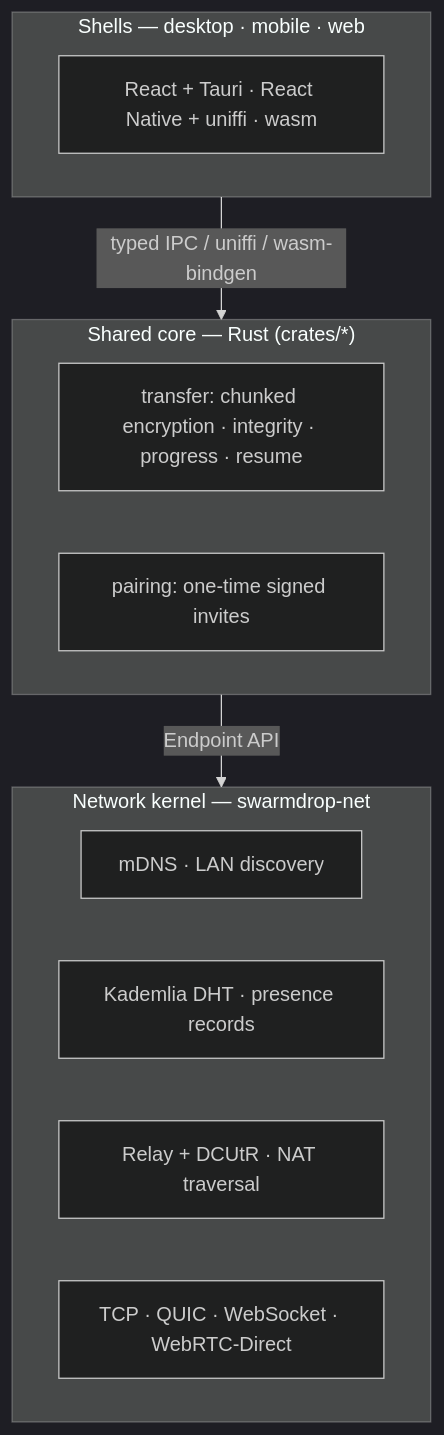
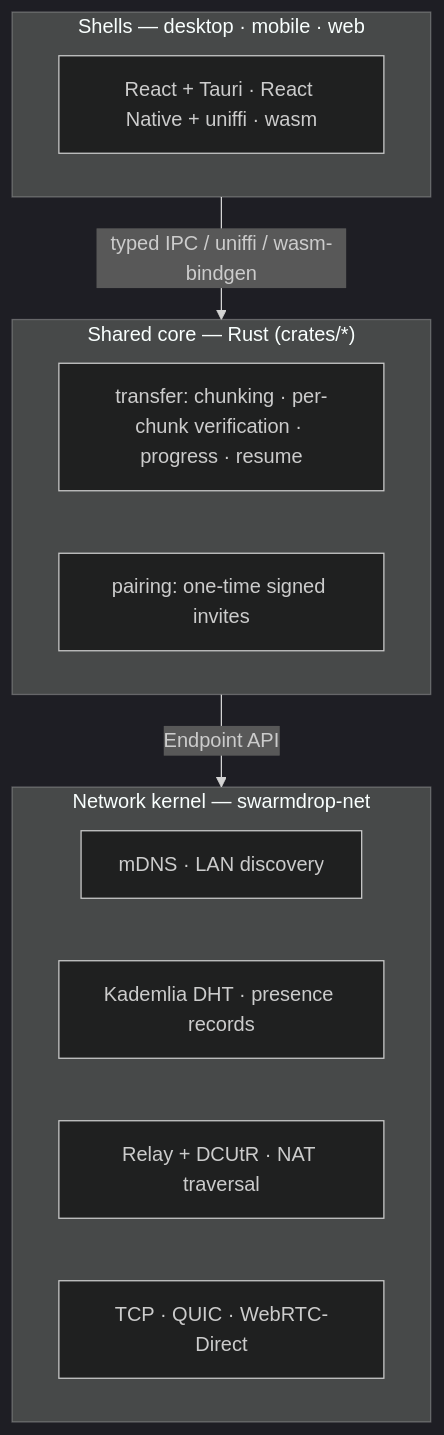
Before and after one commit to swarm-apps/SwarmDrop: the diagram in README.md, drawn with Mermaid (dark theme). The commit also changed other lines of this file and 1 other file, not shown here.

````diff
--- a/README.md
+++ b/README.md
@@ -112,18 +95,18 @@
 ```mermaid
 graph TB
     subgraph Shells["Shells — desktop · mobile · web"]
         A["React + Tauri · React Native + uniffi · wasm"]
     end
     subgraph Core["Shared core — Rust (crates/*)"]
-        B["transfer: chunked encryption · integrity · progress · resume"]
+        B["transfer: chunking · per-chunk verification · progress · resume"]
         G["pairing: one-time signed invites"]
     end
     subgraph Net["Network kernel — swarmdrop-net"]
         D["mDNS · LAN discovery"]
         E["Kademlia DHT · presence records"]
         F["Relay + DCUtR · NAT traversal"]
-        H["TCP · QUIC · WebSocket · WebRTC-Direct"]
+        H["TCP · QUIC · WebRTC-Direct"]
     end
     Shells -- "typed IPC / uniffi / wasm-bindgen" --> Core
     Core -- "Endpoint API" --> Net
 ```
````
